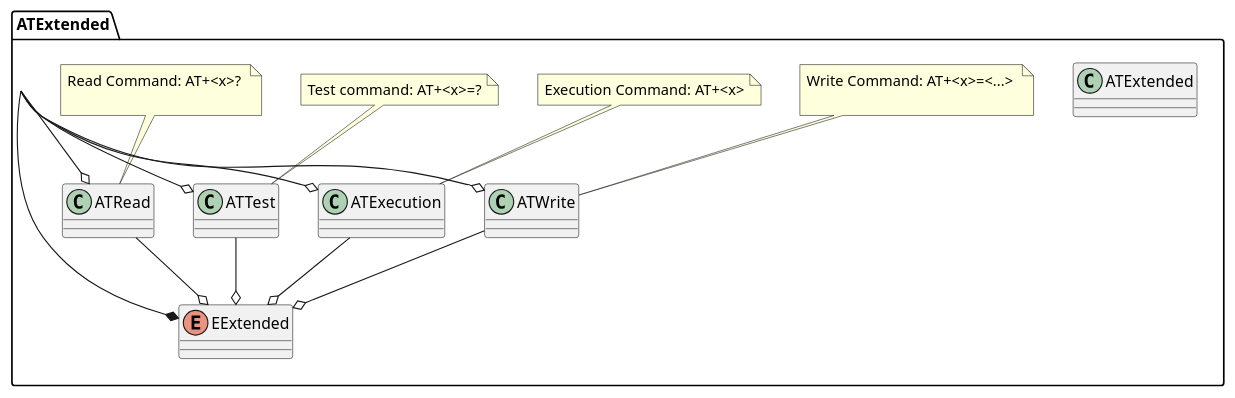
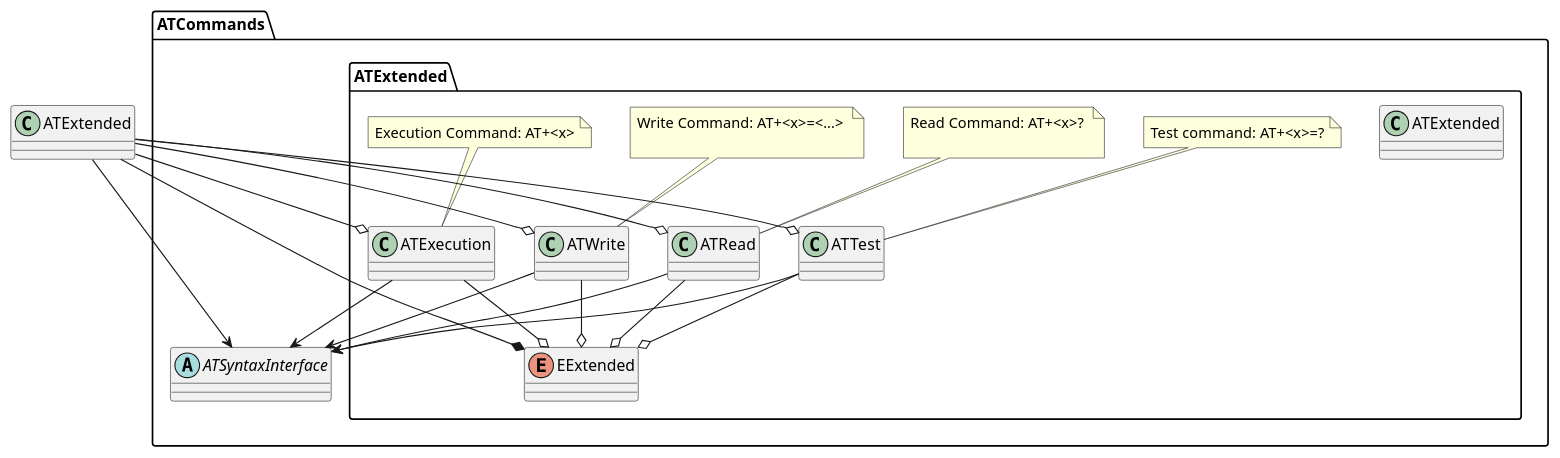
One commit to NielsDyrberg/gsm_automation changed the diagram in gsm/ATCommands/ATExtended/design.puml. Above: the diagram before and after it, drawn with PlantUML. The commit also changed 9 other files, not shown here.

```diff
--- a/gsm/ATCommands/ATExtended/design.puml
+++ b/gsm/ATCommands/ATExtended/design.puml
@@ -1,33 +1,41 @@
 @startuml
 'https://plantuml.com/class-diagram
+package "ATCommands" {
+    package "ATExtended" {
+        enum EExtended
 
-package "ATExtended" {
-    enum EExtended
+        class ATExtended
 
-    class ATExtended
+        class ATTest
+        note top: Test command: AT+<x>=?
 
-    class ATTest
-    note top: Test command: AT+<x>=?
+        class ATRead
+        note top: Read Command: AT+<x>? \n\
 
-    class ATRead
-    note top: Read Command: AT+<x>? \n\
+        class ATWrite
+        note top: Write Command: AT+<x>=<...> \n\
 
-    class ATWrite
-    note top: Write Command: AT+<x>=<...> \n\
-
-    class ATExecution
-    note top: Execution Command: AT+<x>
+        class ATExecution
+        note top: Execution Command: AT+<x>
+    }
+    abstract class ATSyntaxInterface
 }
 
 ATExtended --o ATTest
 ATExtended --o ATRead
 ATExtended --o ATWrite
 ATExtended --o ATExecution
 ATExtended --* EExtended
 
 ATTest --o EExtended
 ATRead --o EExtended
 ATWrite --o EExtended
 ATExecution --o EExtended
 
+ATTest --> ATSyntaxInterface
+ATRead --> ATSyntaxInterface
+ATWrite --> ATSyntaxInterface
+ATExecution --> ATSyntaxInterface
+ATExtended --> ATSyntaxInterface
+
 @enduml
```
